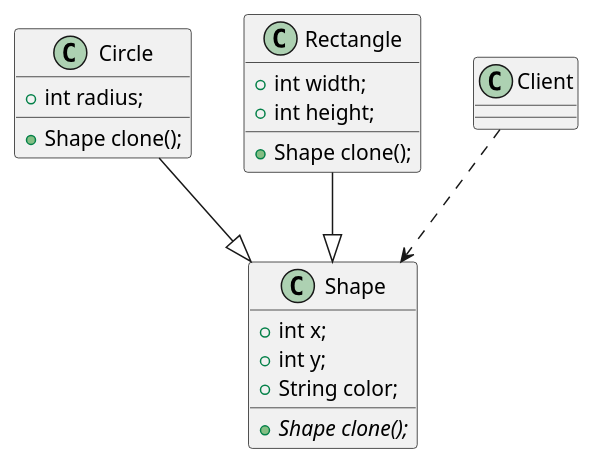
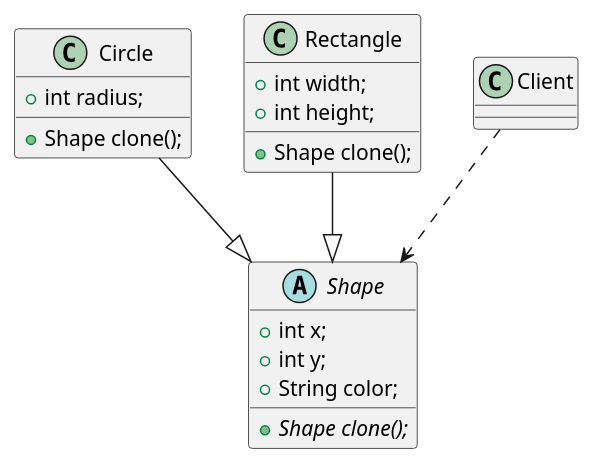
The diagram in DesignMode/src/main/resources/PrototypePattern.puml (progzc/InterviewIForJob), drawn with PlantUML before and after one commit.

Commit message:
Shape修改为抽象类

```diff
--- a/DesignMode/src/main/resources/PrototypePattern.puml
+++ b/DesignMode/src/main/resources/PrototypePattern.puml
@@ -1,29 +1,29 @@
 @startuml
 /'通用形状接口'/
-class Shape{
+abstract class Shape{
   + int x;
   + int y;
   + String color;
 
   + {abstract} Shape clone();
 }
 class Circle{
   + int radius;
 
   + Shape clone();
 }
 class Rectangle{
   + int width;
   + int height;
 
   + Shape clone();
 }
 
 Circle --|> Shape
 Rectangle --|> Shape
 
 class Client{
 }
 Client ..> Shape
 
 @enduml
```
